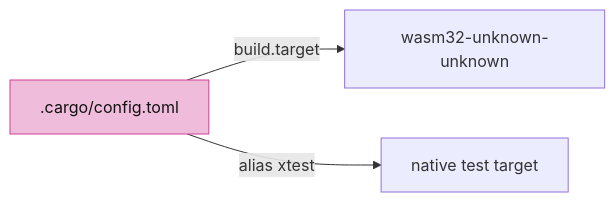
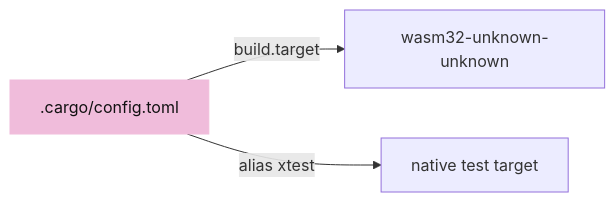
The second of 6 diagrams in session_viewer/docs/00-environment.md (petrasvestartas/session), drawn with Mermaid before and after one commit. The commit also changed other lines of this file and 324 other files, not shown here.

````diff
--- a/session_viewer/docs/00-environment.md
+++ b/session_viewer/docs/00-environment.md
@@ -48,6 +50,6 @@
 ```mermaid
 flowchart LR
     G[".cargo/config.toml"] -- "build.target" --> W["wasm32-unknown-unknown"]
     G -- "alias xtest" --> N["native test target"]
-    style G fill:#f0bcdb,stroke:#ce4095,color:#111
+    style G fill:#f0bcdb,stroke:#f0bcdb,color:#111
 ```
````
